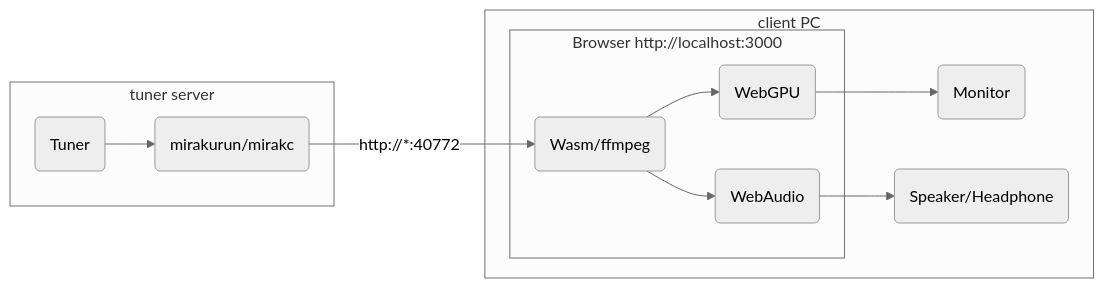
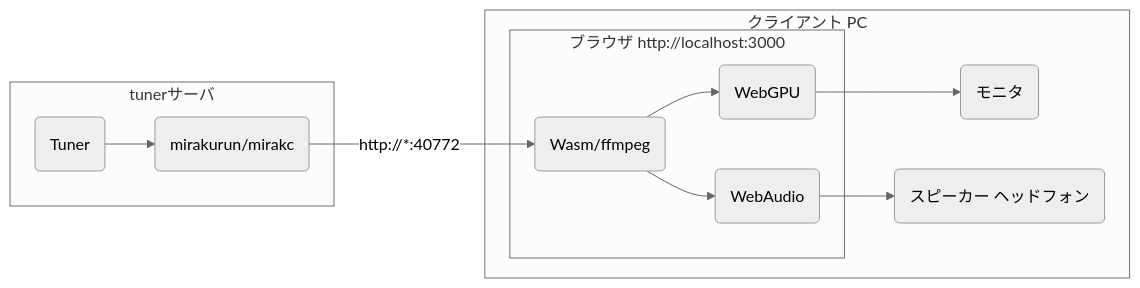
Before and after one commit to ts-live/ts-live: the diagram in README.md, drawn with Mermaid (neutral theme).

Commit message:
日本語にしてみる

````diff
--- a/README.md
+++ b/README.md
@@ -7,15 +7,15 @@
 ```mermaid
 flowchart LR
-  subgraph tuner[tuner server]
+  subgraph tuner[tunerサーバ]
     Tuner(Tuner) --> mirakurun(mirakurun/mirakc)
   end
   mirakurun -- http://*:40772 -->ffmpeg(Wasm/ffmpeg)
-  subgraph client[client PC]
-    subgraph browser[Browser http://localhost:3000]
+  subgraph client[クライアント PC]
+    subgraph browser[ブラウザ http://localhost:3000]
       ffmpeg --> gpu(WebGPU)
       ffmpeg --> audio(WebAudio)
     end
-    gpu --> monitor(Monitor)
-    audio --> speaker(Speaker/Headphone)
+    gpu --> monitor(モニタ)
+    audio --> speaker(スピーカー ヘッドフォン)
   end
 ```
````
